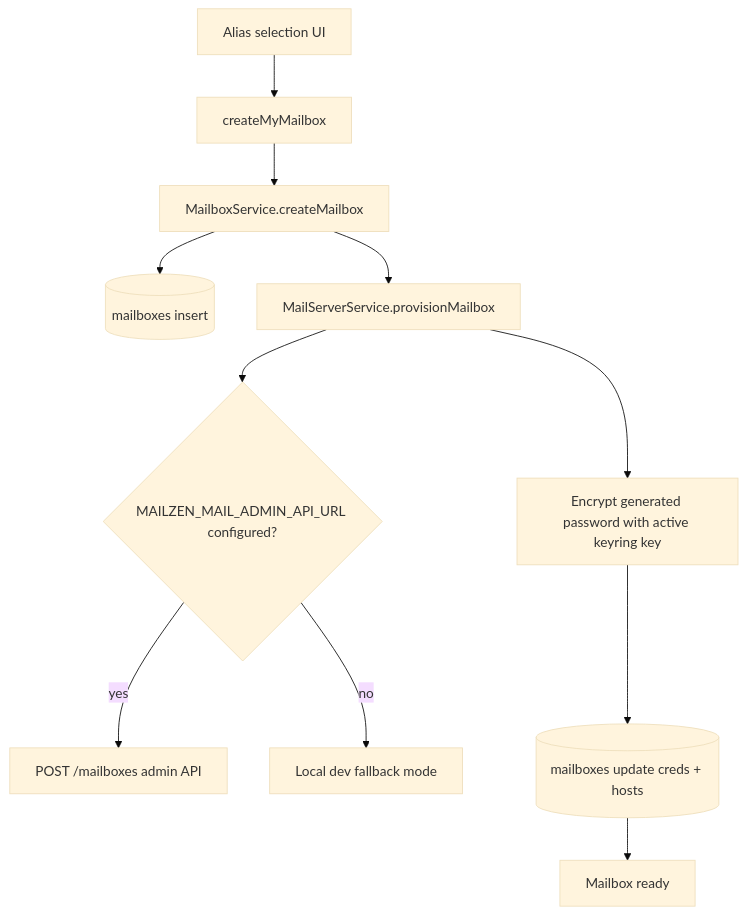
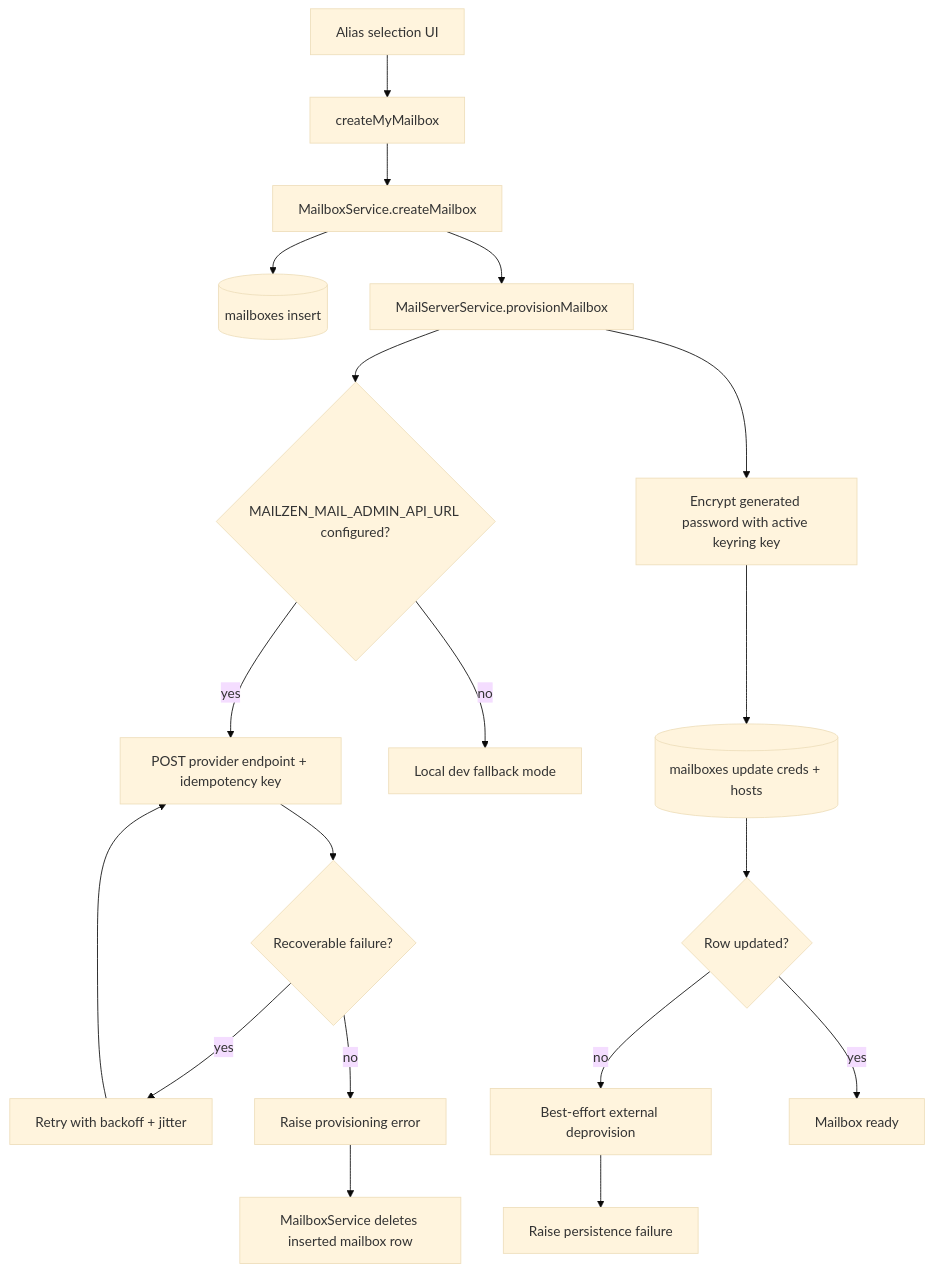
The first of 2 diagrams in apps/backend/src/mailbox/README.md (AmanVatsSharma/MailZen-Smart-Email-Management), drawn with Mermaid (base theme) before and after one commit. The commit also changed other lines of this file and 5 other files, not shown here.

Commit message:
Harden mailbox provisioning with retries and rollback

````diff
--- a/apps/backend/src/mailbox/README.md
+++ b/apps/backend/src/mailbox/README.md
@@ -52,13 +57,21 @@
 ```mermaid
 flowchart TD
   UI[Alias selection UI] --> GQL[createMyMailbox]
   GQL --> Service[MailboxService.createMailbox]
   Service --> DB1[(mailboxes insert)]
   Service --> Provision[MailServerService.provisionMailbox]
   Provision --> API{MAILZEN_MAIL_ADMIN_API_URL configured?}
-  API -->|yes| AdminAPI[POST /mailboxes admin API]
+  API -->|yes| AdminAPI[POST provider endpoint + idempotency key]
+  AdminAPI --> Retry{Recoverable failure?}
+  Retry -->|yes| Backoff[Retry with backoff + jitter]
+  Backoff --> AdminAPI
+  Retry -->|no| Fail[Raise provisioning error]
+  Fail --> Rollback[MailboxService deletes inserted mailbox row]
   API -->|no| Skip[Local dev fallback mode]
   Provision --> Encrypt[Encrypt generated password with active keyring key]
   Encrypt --> DB2[(mailboxes update creds + hosts)]
-  DB2 --> Done[Mailbox ready]
+  DB2 --> PersistFail{Row updated?}
+  PersistFail -->|no| ExtRollback[Best-effort external deprovision]
+  ExtRollback --> Error[Raise persistence failure]
+  PersistFail -->|yes| Done[Mailbox ready]
 ```
````
